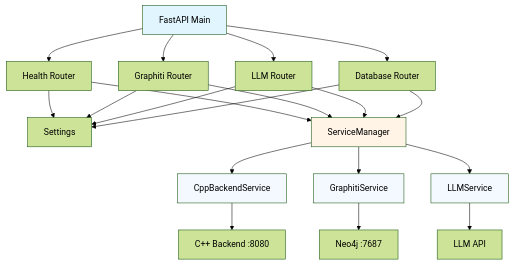
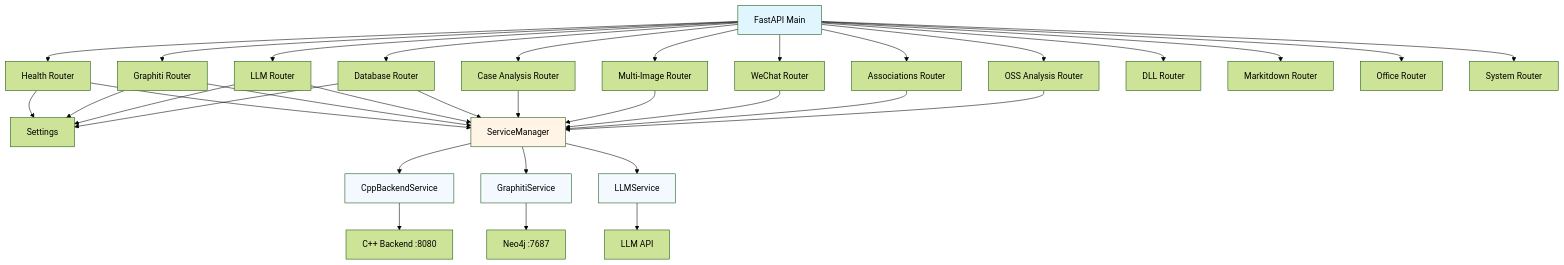
Before and after one commit to ymj68520/TraceLens: the first of 3 diagrams in docs/modules/python/httpserver/HTTPRoutes.md, drawn with Mermaid (forest theme). The commit also changed other lines of this file and 9 other files, not shown here.

````diff
--- a/docs/modules/python/httpserver/HTTPRoutes.md
+++ b/docs/modules/python/httpserver/HTTPRoutes.md
@@ -128,31 +198,45 @@
 ```mermaid
 graph TD
     A[FastAPI Main] --> B[Health Router]
     A --> C[Graphiti Router]
     A --> D[LLM Router]
     A --> E[Database Router]
+    A --> N[Case Analysis Router]
+    A --> O[Multi-Image Router]
+    A --> P[WeChat Router]
+    A --> Q[Associations Router]
+    A --> R[OSS Analysis Router]
+    A --> S[DLL Router]
+    A --> T[Markitdown Router]
+    A --> U[Office Router]
+    A --> V[System Router]
 
     B --> F[Settings]
     C --> F
     D --> F
     E --> F
 
     B --> G[ServiceManager]
     C --> G
     D --> G
     E --> G
+    N --> G
+    O --> G
+    P --> G
+    Q --> G
+    R --> G
 
     G --> H[CppBackendService]
     G --> I[GraphitiService]
     G --> J[LLMService]
 
     H --> K[C++ Backend :8080]
     I --> L[Neo4j :7687]
     J --> M[LLM API]
 
     style A fill:#e1f5ff
     style G fill:#fff4e6
     style H fill:#f3f9ff
     style I fill:#f3f9ff
     style J fill:#f3f9ff
 ```
````
